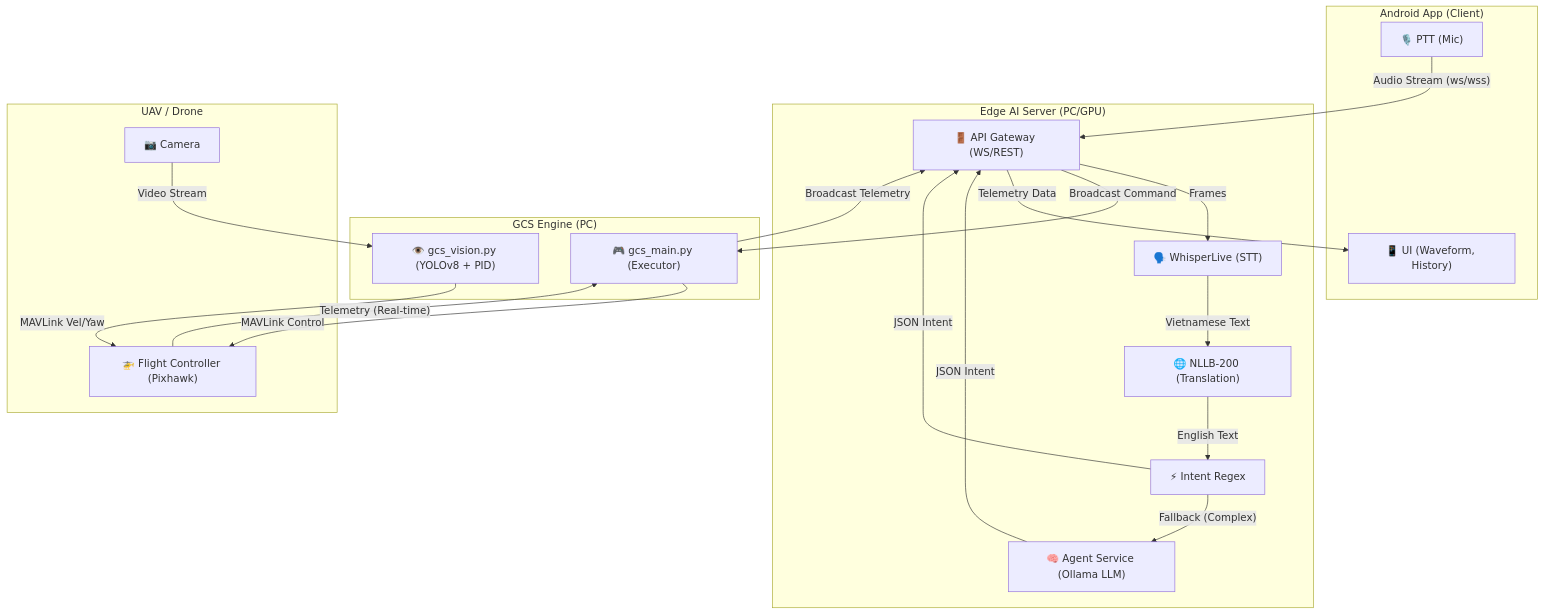
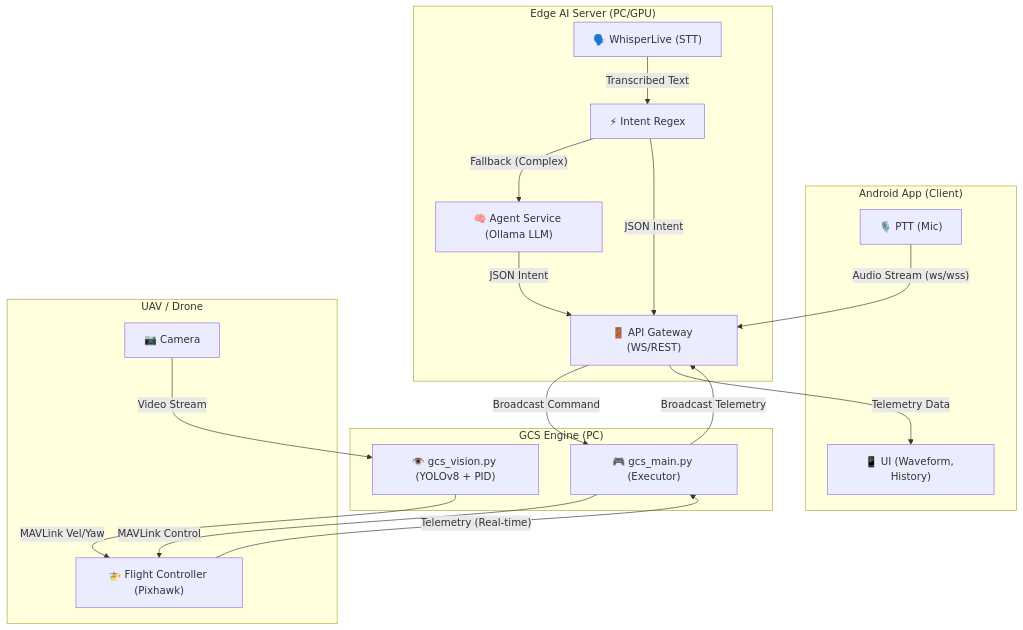
One commit to KhanhKH069/UAV_drone_ICN changed the diagram in README.md. Above: the diagram before and after it, drawn with Mermaid. The commit also changed other lines of this file and 51 other files, not shown here.

````diff
--- a/README.md
+++ b/README.md
@@ -22,43 +22,40 @@
 ```mermaid
 flowchart TD
     %% Define Nodes
     subgraph Android["Android App (Client)"]
         APP_PTT["🎙️ PTT (Mic)"]
         APP_UI["📱 UI (Waveform, History)"]
     end
 
     subgraph EdgeServer["Edge AI Server (PC/GPU)"]
         GATEWAY["🚪 API Gateway (WS/REST)"]
         STT["🗣️ WhisperLive (STT)"]
-        TRANS["🌐 NLLB-200 (Translation)"]
         REGEX["⚡ Intent Regex"]
         AGENT["🧠 Agent Service (Ollama LLM)"]
     end
 
     subgraph GCSServer["GCS Engine (PC)"]
         MAIN["🎮 gcs_main.py (Executor)"]
         VISION["👁️ gcs_vision.py (YOLOv8 + PID)"]
     end
 
     subgraph Drone["UAV / Drone"]
         FC["🚁 Flight Controller (Pixhawk)"]
         CAM["📷 Camera"]
     end
 
     %% Connections
     APP_PTT -- "Audio Stream (ws/wss)" --> GATEWAY
-    GATEWAY -- "Frames" --> STT
-    STT -- "Vietnamese Text" --> TRANS
-    TRANS -- "English Text" --> REGEX
+    STT -- "Transcribed Text" --> REGEX
     REGEX -- "Fallback (Complex)" --> AGENT
     REGEX -- "JSON Intent" --> GATEWAY
     AGENT -- "JSON Intent" --> GATEWAY
     
     GATEWAY -- "Broadcast Command" --> MAIN
     MAIN -- "MAVLink Control" --> FC
     VISION -- "MAVLink Vel/Yaw" --> FC
     CAM -- "Video Stream" --> VISION
     FC -- "Telemetry (Real-time)" --> MAIN
     MAIN -- "Broadcast Telemetry" --> GATEWAY
     GATEWAY -- "Telemetry Data" --> APP_UI
 ```
````
